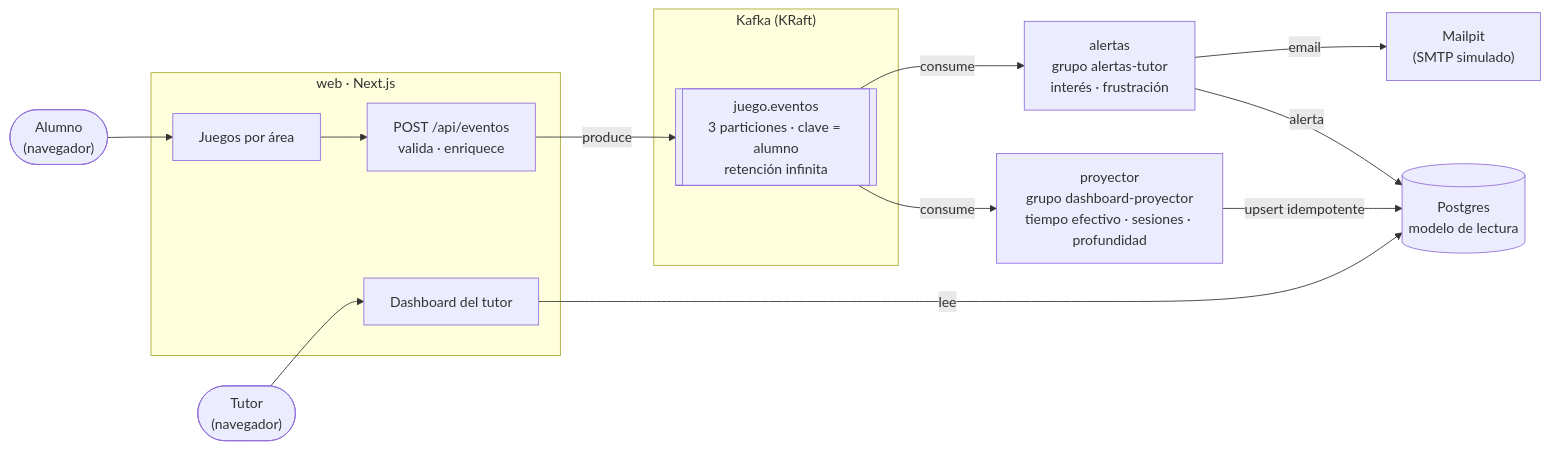
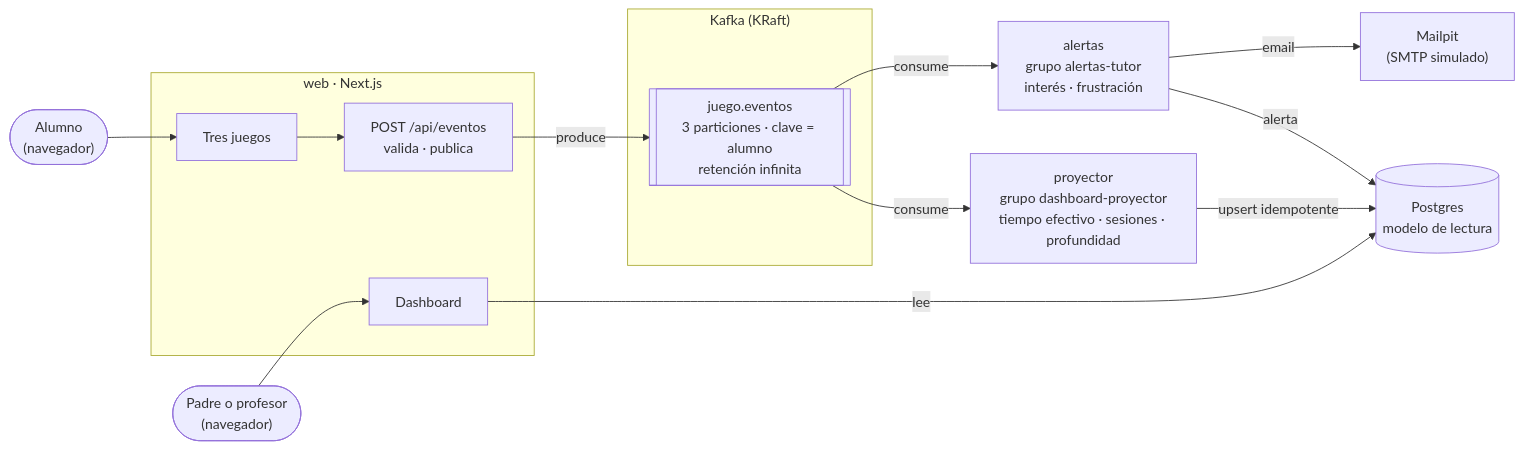
Before and after one commit to eugemigliaro/inge2-yolo: the diagram in docs/diagramas/arquitectura.mmd, drawn with Mermaid. The commit also changed 51 other files, not shown here.

First line of the commit message:
feat: reemplazar la sesión propia por Clerk y los quizzes por tres juegos

```diff
--- a/docs/diagramas/arquitectura.mmd
+++ b/docs/diagramas/arquitectura.mmd
@@ -1,21 +1,21 @@
 flowchart LR
   alumno(["Alumno<br/>(navegador)"])
-  tutor(["Tutor<br/>(navegador)"])
+  padre(["Padre o profesor<br/>(navegador)"])
   subgraph web["web · Next.js"]
-    juego["Juegos por área"]
-    ingesta["POST /api/eventos<br/>valida · enriquece"]
-    dash["Dashboard del tutor"]
+    juego["Tres juegos"]
+    ingesta["POST /api/eventos<br/>valida · publica"]
+    dash["Dashboard"]
   end
   subgraph kafka["Kafka (KRaft)"]
     topico[["juego.eventos<br/>3 particiones · clave = alumno<br/>retención infinita"]]
   end
   proyector["proyector<br/>grupo dashboard-proyector<br/>tiempo efectivo · sesiones · profundidad"]
   alertas["alertas<br/>grupo alertas-tutor<br/>interés · frustración"]
   pg[("Postgres<br/>modelo de lectura")]
   mail["Mailpit<br/>(SMTP simulado)"]
 
   alumno --> juego --> ingesta -- "produce" --> topico
   topico -- "consume" --> proyector -- "upsert idempotente" --> pg
   topico -- "consume" --> alertas -- "alerta" --> pg
   alertas -- "email" --> mail
-  tutor --> dash -- "lee" --> pg
+  padre --> dash -- "lee" --> pg
```
